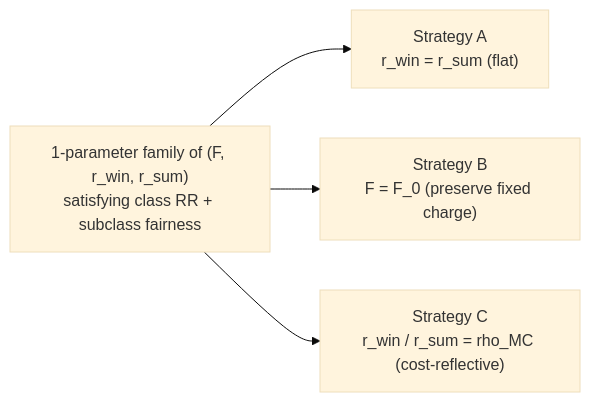
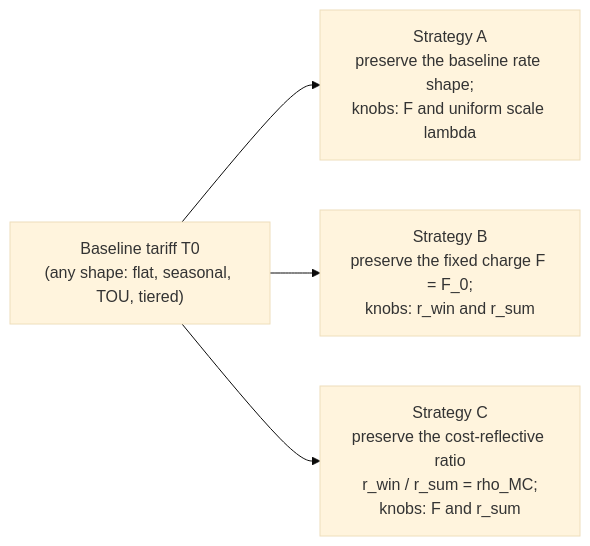
One commit to switchbox-data/rate-design-platform changed the diagram in context/methods/tou_and_rates/fair_default_rate_design.md. Above: the diagram before and after it, drawn with Mermaid (base theme). The commit also changed other lines of this file, not shown here.

Commit message:
revise strategy A to be generalizable

````diff
--- a/context/methods/tou_and_rates/fair_default_rate_design.md
+++ b/context/methods/tou_and_rates/fair_default_rate_design.md
@@ -257,10 +288,10 @@
 ```mermaid
 flowchart LR
-    line["1-parameter family of (F, r_win, r_sum)<br/>satisfying class RR + subclass fairness"]
-    A["Strategy A<br/>r_win = r_sum (flat)"]
-    B["Strategy B<br/>F = F_0 (preserve fixed charge)"]
-    C["Strategy C<br/>r_win / r_sum = rho_MC (cost-reflective)"]
-    line --> A
-    line --> B
-    line --> C
+    src["Baseline tariff T0<br/>(any shape: flat, seasonal, TOU, tiered)"]
+    A["Strategy A<br/>preserve the baseline rate shape;<br/>knobs: F and uniform scale lambda"]
+    B["Strategy B<br/>preserve the fixed charge F = F_0;<br/>knobs: r_win and r_sum"]
+    C["Strategy C<br/>preserve the cost-reflective ratio<br/>r_win / r_sum = rho_MC;<br/>knobs: F and r_sum"]
+    src --> A
+    src --> B
+    src --> C
 ```
````
